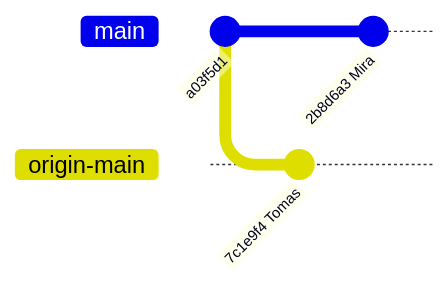
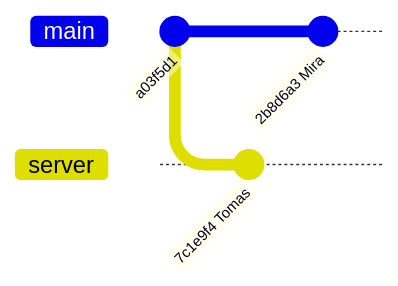
One commit to alvinnew100/grand-line-study-guide changed the fourth of 6 diagrams in src/git/lessons/13-contributing.md. Above: the diagram before and after it, drawn with Mermaid. The commit also changed other lines of this file and 4 other files, not shown here.

Commit message:
Git: fix three diagrams that failed to render

````diff
--- a/src/git/lessons/13-contributing.md
+++ b/src/git/lessons/13-contributing.md
@@ -169,9 +170,9 @@
 ```mermaid
 gitGraph
    commit id: "a03f5d1"
-   branch origin-main
-   checkout origin-main
+   branch server
+   checkout server
    commit id: "7c1e9f4 Tomas"
    checkout main
    commit id: "2b8d6a3 Mira"
 ```
````
